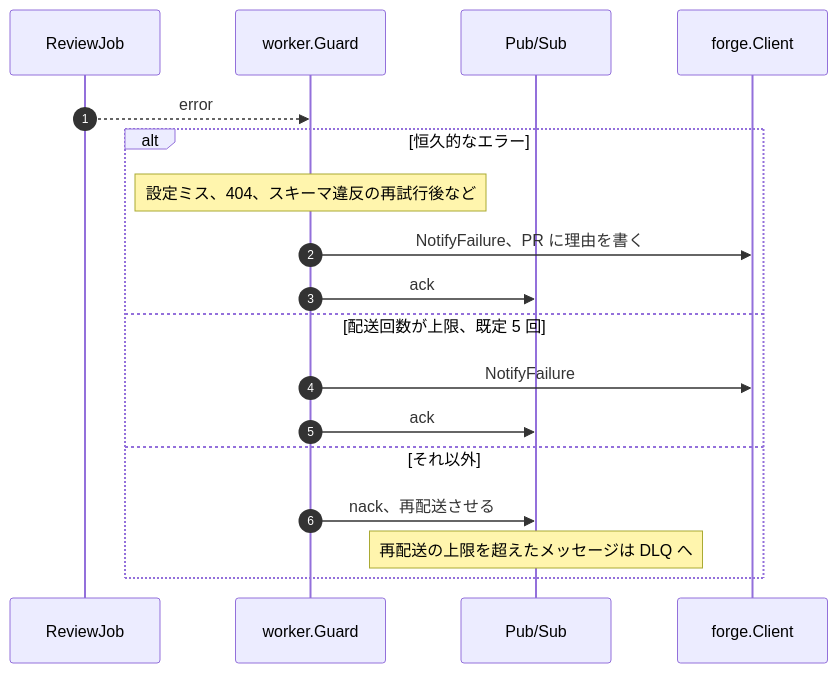
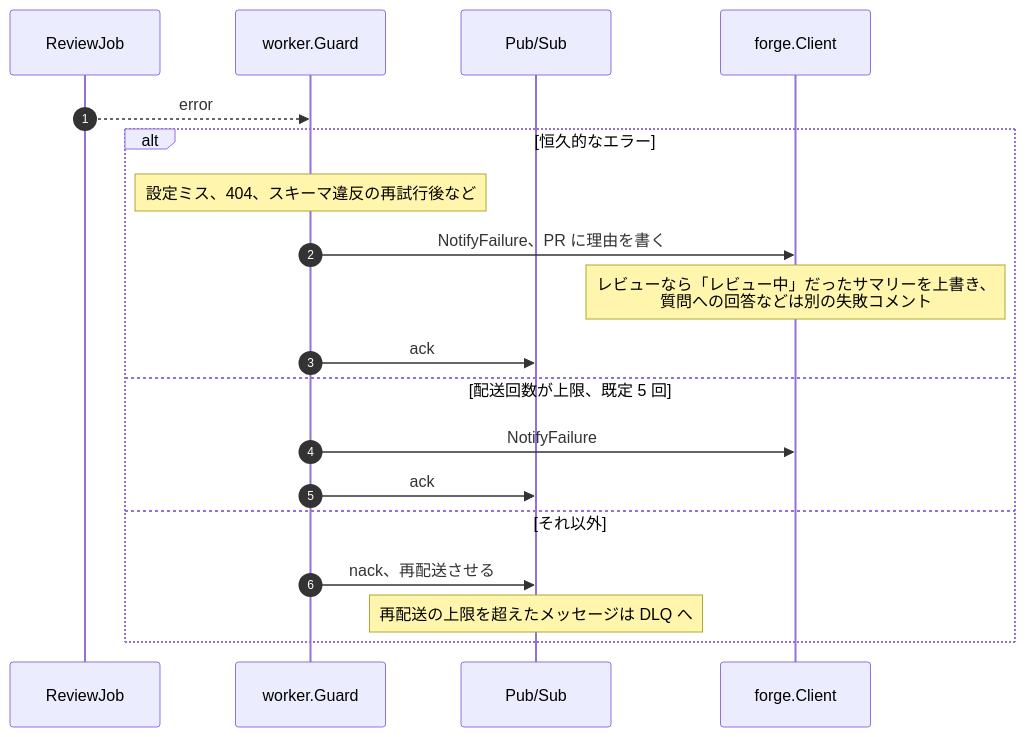
The eighth of 8 diagrams in docs/review-flow.md (yteraoka/kibitz), drawn with Mermaid before and after one commit. The commit also changed other lines of this file and 4 other files, not shown here.

````diff
--- a/docs/review-flow.md
+++ b/docs/review-flow.md
@@ -333,21 +345,22 @@
 ```mermaid
 sequenceDiagram
     autonumber
     participant J as ReviewJob
     participant G as worker.Guard
     participant Q as Pub/Sub
     participant F as forge.Client
 
     J-->>G: error
     alt 恒久的なエラー
         Note over G: 設定ミス、404、スキーマ違反の再試行後など
         G->>F: NotifyFailure、PR に理由を書く
+        Note over F: レビューなら「レビュー中」だったサマリーを上書き、<br/>質問への回答などは別の失敗コメント
         G->>Q: ack
     else 配送回数が上限、既定 5 回
         G->>F: NotifyFailure
         G->>Q: ack
     else それ以外
         G->>Q: nack、再配送させる
         Note over Q: 再配送の上限を超えたメッセージは DLQ へ
     end
 ```
````
